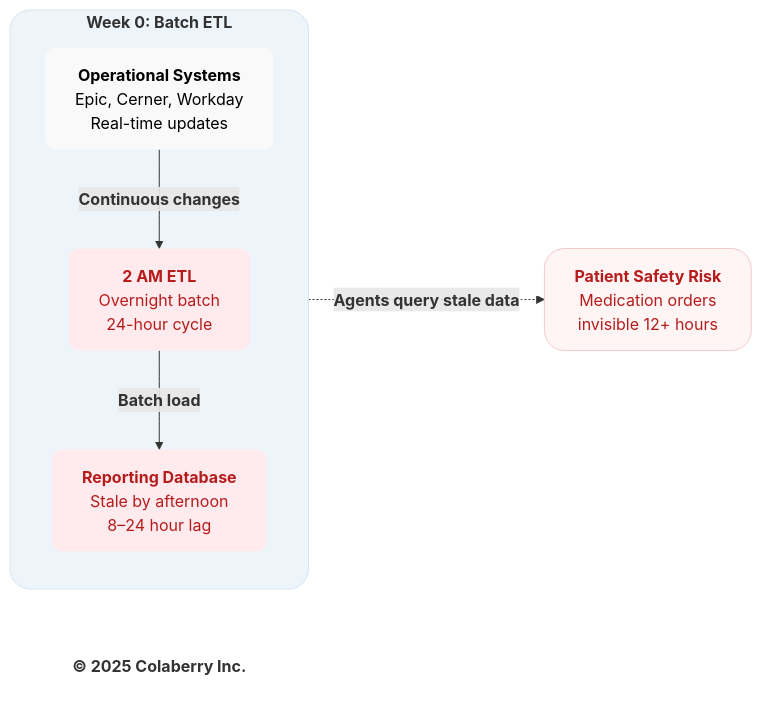
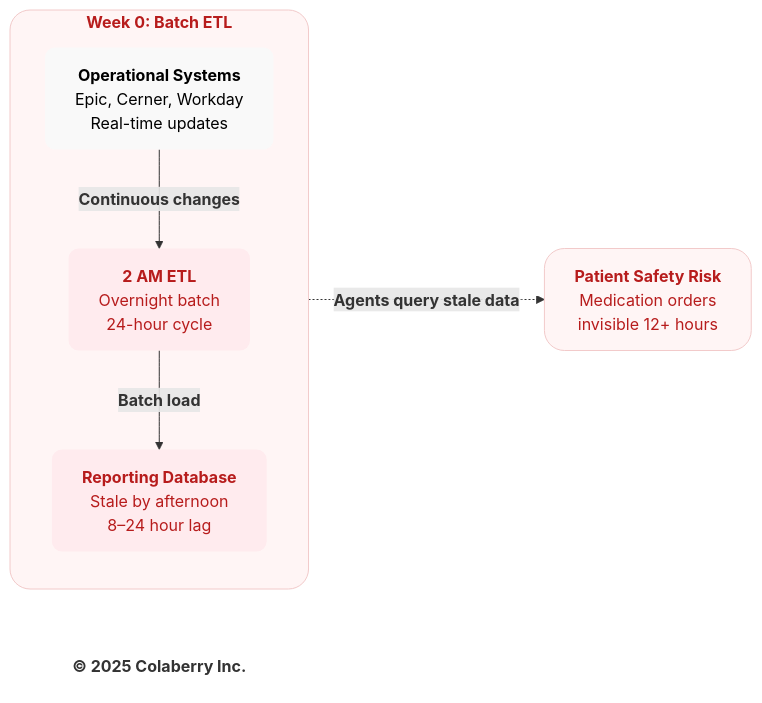
The diagram in mermaid-source/figure-4-3.mmd (saitejesh-cyber/trust-before-intelligence-book), drawn with Mermaid before and after one commit. The commit also changed 1 other file, not shown here.

Commit message:
Restore figure-4-3 Week 0 container to failure red

```diff
--- a/mermaid-source/figure-4-3.mmd
+++ b/mermaid-source/figure-4-3.mmd
@@ -1,22 +1,22 @@
 graph LR
     subgraph WEEK0["<b>Week 0: Batch ETL</b>"]
         direction TB
         OPS["<b>Operational Systems</b><br/>Epic, Cerner, Workday<br/>Real-time updates"]
         ETL["<b>2 AM ETL</b><br/>Overnight batch<br/>24-hour cycle"]
         REPORT["<b>Reporting Database</b><br/>Stale by afternoon<br/>8–24 hour lag"]
     end
     
     RISK["<b>Patient Safety Risk</b><br/>Medication orders<br/>invisible 12+ hours"]
     
     Copyright["<b>© 2025 Colaberry Inc.</b>"]
     
     OPS -->|<b>Continuous changes</b>| ETL
     ETL -->|<b>Batch load</b>| REPORT
     REPORT -.->|<b>Agents query stale data</b>| RISK
     
     style OPS fill:#f9f9f9,stroke:none,color:#000000,rx:10,ry:10
     style ETL fill:#ffebee,stroke:none,color:#b71c1c,rx:10,ry:10
     style REPORT fill:#ffebee,stroke:none,color:#b71c1c,rx:10,ry:10
     style RISK fill:#fff5f5,stroke:#f2caca,stroke-width:1px,color:#b71c1c,rx:20,ry:20
-    style WEEK0 fill:#edf4fa,stroke:#d6e4f2,stroke-width:1px,color:#333333,rx:20,ry:20
+    style WEEK0 fill:#fff5f5,stroke:#f2caca,stroke-width:1px,color:#b71c1c,rx:20,ry:20
     style Copyright fill:none,stroke:none,color:#333333
```
